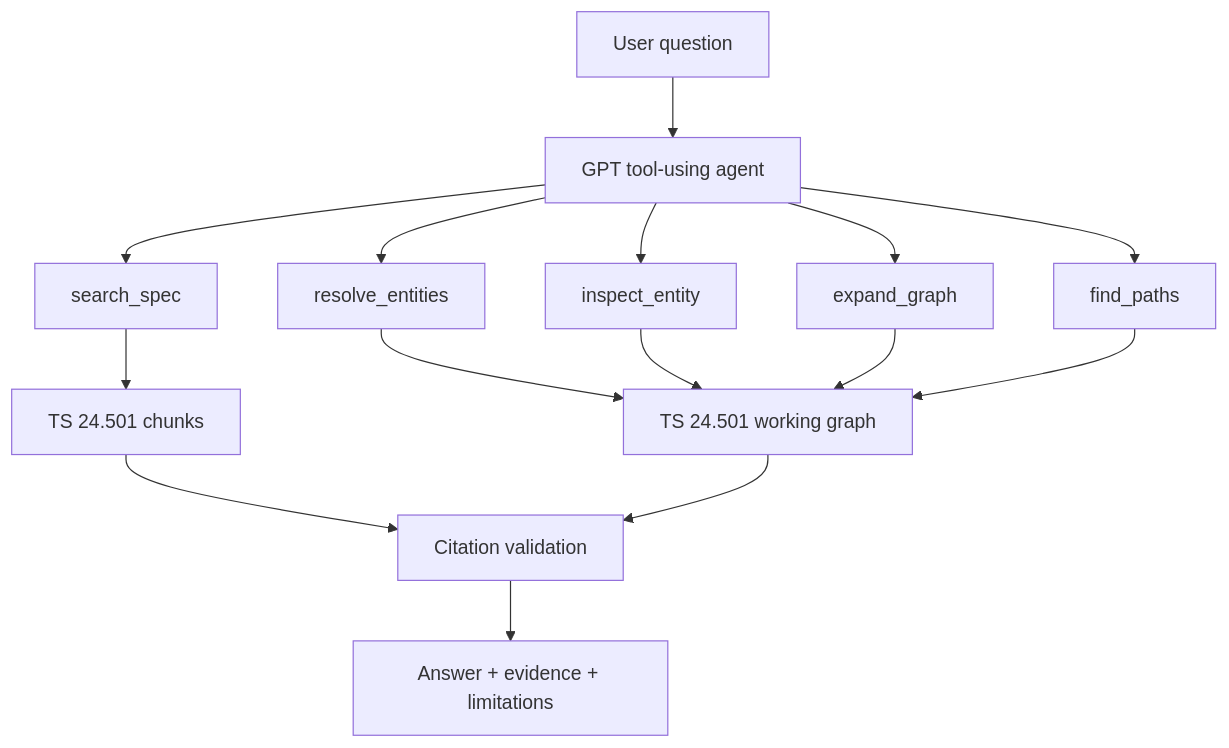
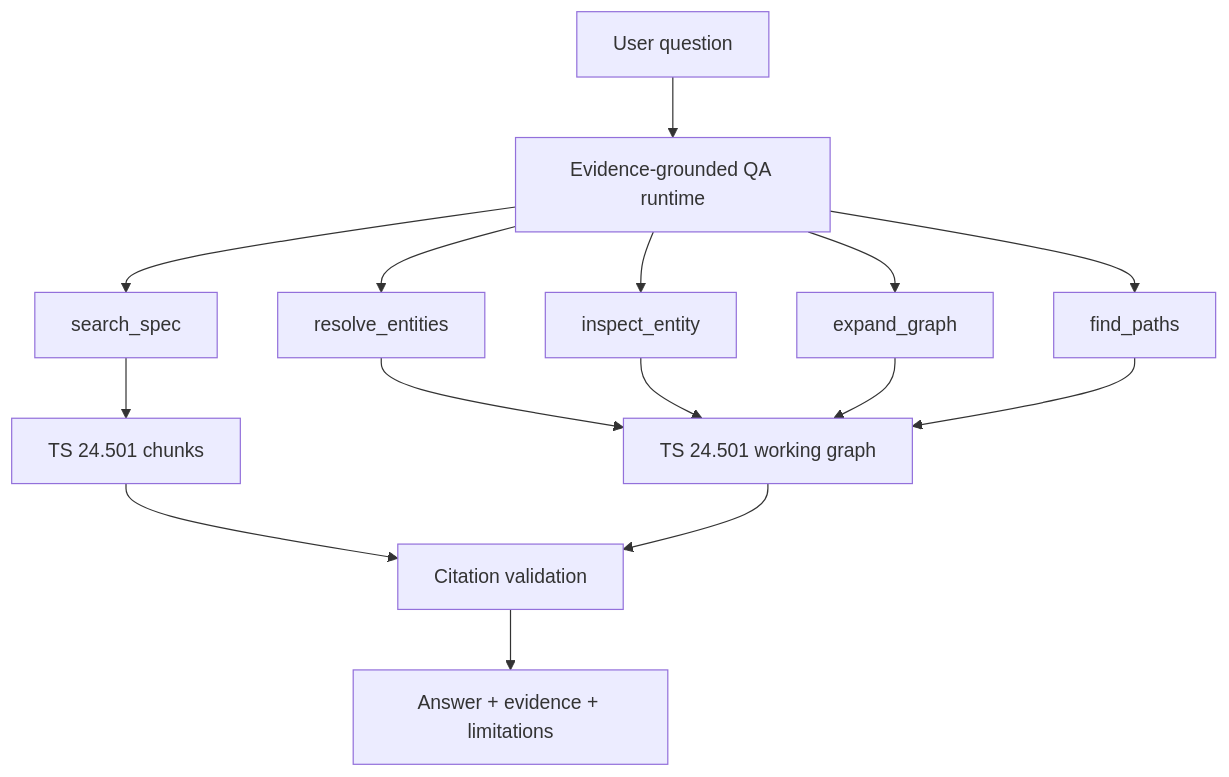
One commit to QPoms/3GPP-TS-24.501-Provenance-Grounded-QA-System changed the diagram in README.md. Above: the diagram before and after it, drawn with Mermaid. The commit also changed other lines of this file, not shown here.

Commit message:
docs: rename project as provenance grounded qa system

````diff
--- a/README.md
+++ b/README.md
@@ -70,17 +70,17 @@
 ```mermaid
 flowchart TD
-    Q["User question"] --> A["GPT tool-using agent"]
+    Q["User question"] --> A["Evidence-grounded QA runtime"]
     A --> S["search_spec"]
     A --> R["resolve_entities"]
     A --> I["inspect_entity"]
     A --> G["expand_graph"]
     A --> P["find_paths"]
     S --> C["TS 24.501 chunks"]
     R --> K["TS 24.501 working graph"]
     I --> K
     G --> K
     P --> K
     C --> V["Citation validation"]
     K --> V
     V --> O["Answer + evidence + limitations"]
 ```
````
